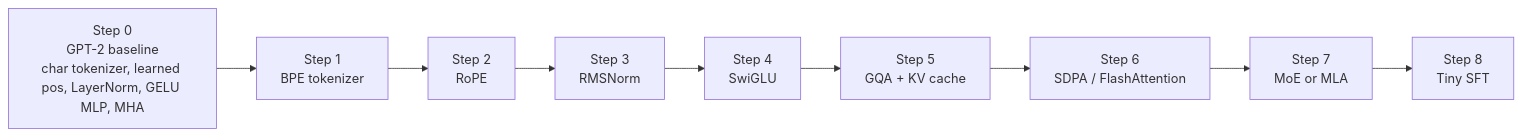
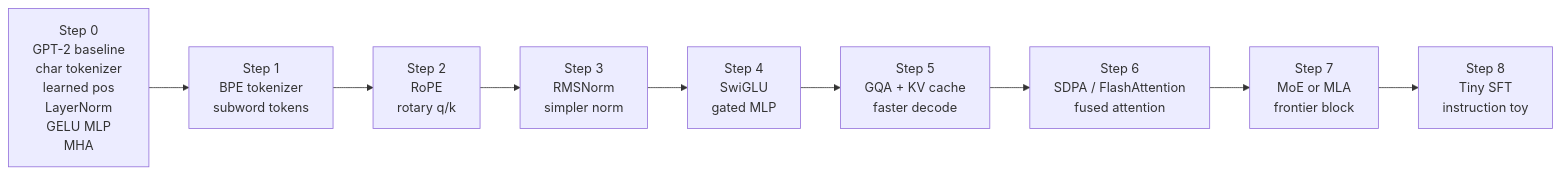
Before and after one commit to Lewis-Xinyu/gpt2-to-2026: the first of 9 diagrams in docs/architecture_roadmap.md, drawn with Mermaid. The commit also changed other lines of this file and 1 other file, not shown here.

Commit message:
Expand bilingual roadmap documentation

````diff
--- a/docs/architecture_roadmap.md
+++ b/docs/architecture_roadmap.md
@@ -9,14 +12,14 @@
 ```mermaid
 flowchart LR
-    S0["Step 0<br/>GPT-2 baseline<br/>char tokenizer, learned pos, LayerNorm, GELU MLP, MHA"]
-    S1["Step 1<br/>BPE tokenizer"]
-    S2["Step 2<br/>RoPE"]
-    S3["Step 3<br/>RMSNorm"]
-    S4["Step 4<br/>SwiGLU"]
-    S5["Step 5<br/>GQA + KV cache"]
-    S6["Step 6<br/>SDPA / FlashAttention"]
-    S7["Step 7<br/>MoE or MLA"]
-    S8["Step 8<br/>Tiny SFT"]
+    S0["Step 0<br/>GPT-2 baseline<br/>char tokenizer<br/>learned pos<br/>LayerNorm<br/>GELU MLP<br/>MHA"]
+    S1["Step 1<br/>BPE tokenizer<br/>subword tokens"]
+    S2["Step 2<br/>RoPE<br/>rotary q/k"]
+    S3["Step 3<br/>RMSNorm<br/>simpler norm"]
+    S4["Step 4<br/>SwiGLU<br/>gated MLP"]
+    S5["Step 5<br/>GQA + KV cache<br/>faster decode"]
+    S6["Step 6<br/>SDPA / FlashAttention<br/>fused attention"]
+    S7["Step 7<br/>MoE or MLA<br/>frontier block"]
+    S8["Step 8<br/>Tiny SFT<br/>instruction toy"]
 
     S0 --> S1 --> S2 --> S3 --> S4 --> S5 --> S6 --> S7 --> S8
 ```
````
